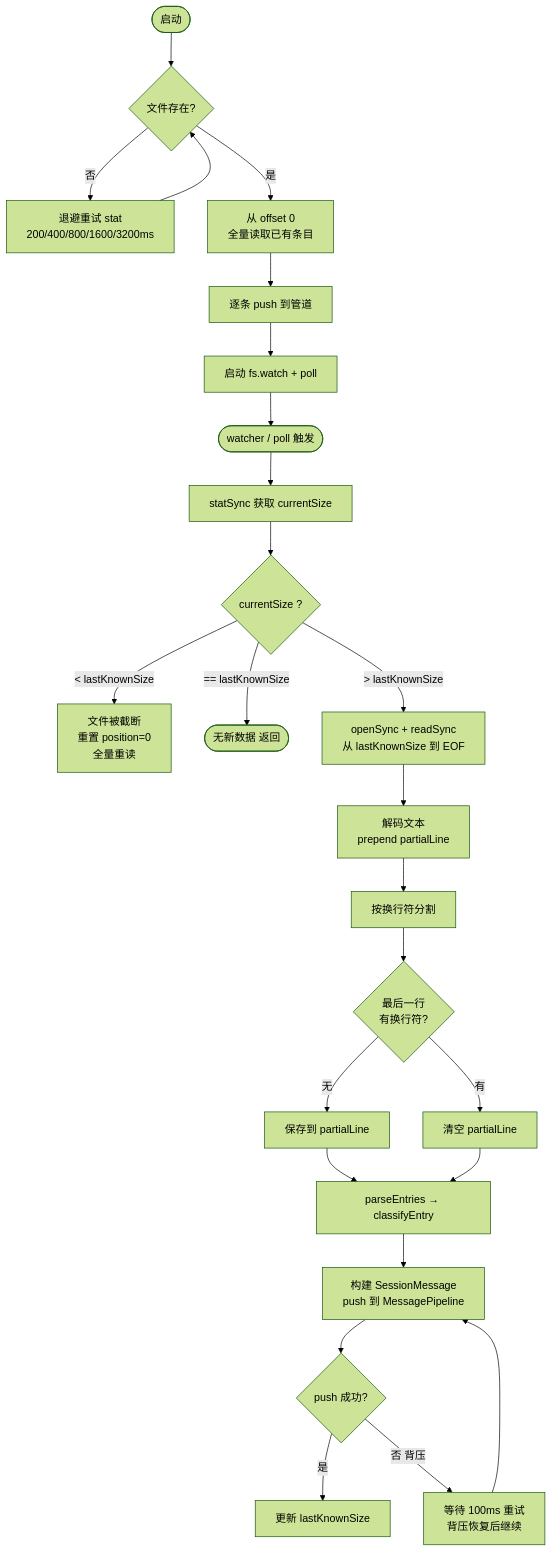
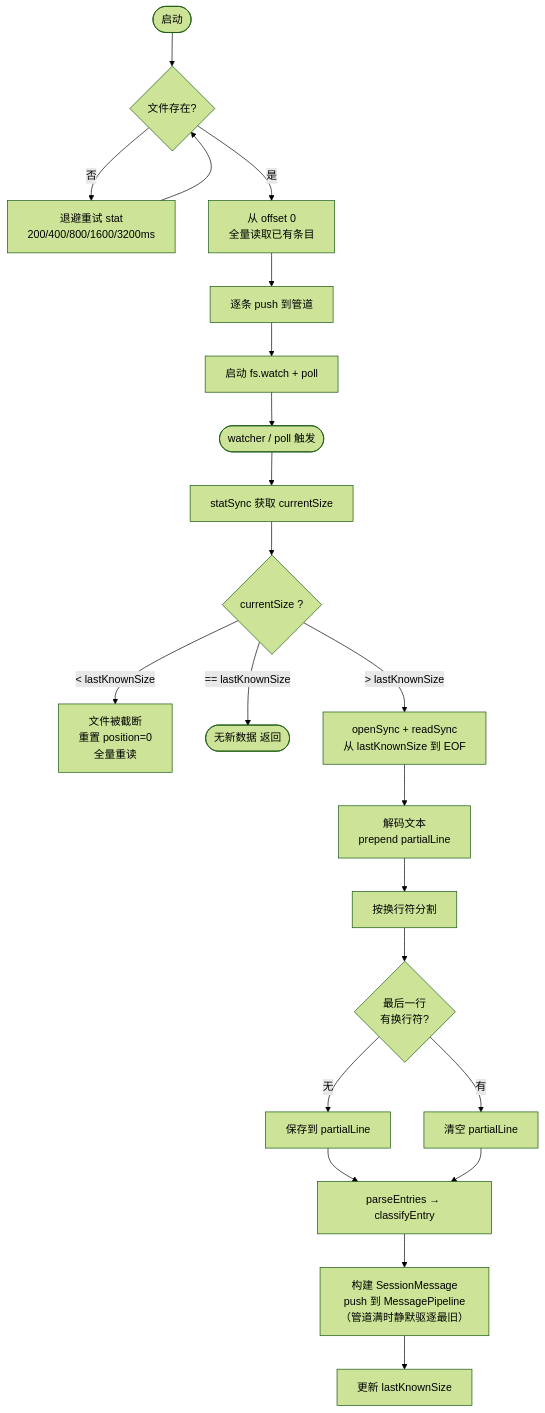
Before and after one commit to Menfre01/mypilot: the eighth of 10 diagrams in docs/transcript-tailer-architecture.md, drawn with Mermaid (forest theme). The commit also changed other lines of this file and 25 other files, not shown here.

````diff
--- a/docs/transcript-tailer-architecture.md
+++ b/docs/transcript-tailer-architecture.md
@@ -570,28 +480,25 @@
 ```mermaid
 flowchart TD
     START([启动]) --> CATCHUP{文件存在?}
     CATCHUP -->|否| WAIT[退避重试 stat<br/>200/400/800/1600/3200ms]
     WAIT --> CATCHUP
     CATCHUP -->|是| FULLREAD[从 offset 0<br/>全量读取已有条目]
     FULLREAD --> PUSH_ALL[逐条 push 到管道]
     PUSH_ALL --> WATCH[启动 fs.watch + poll]
 
     WATCH --> TRIGGER([watcher / poll 触发])
     TRIGGER --> STAT[statSync 获取 currentSize]
     STAT --> CMP{currentSize ?}
     CMP -->|< lastKnownSize| TRUNC[文件被截断<br/>重置 position=0<br/>全量重读]
     CMP -->|== lastKnownSize| DONE([无新数据 返回])
     CMP -->|> lastKnownSize| READ[openSync + readSync<br/>从 lastKnownSize 到 EOF]
     READ --> DECODE[解码文本<br/>prepend partialLine]
     DECODE --> SPLIT[按换行符分割]
     SPLIT --> LAST{最后一行<br/>有换行符?}
     LAST -->|无| BUF_PART[保存到 partialLine]
     LAST -->|有| CLEAR[清空 partialLine]
     BUF_PART --> PARSE
     CLEAR --> PARSE[parseEntries → classifyEntry]
-    PARSE --> PUSH[构建 SessionMessage<br/>push 到 MessagePipeline]
-    PUSH --> CHECK{push 成功?}
-    CHECK -->|是| UPDATE[更新 lastKnownSize]
-    CHECK -->|否 背压| WAIT_PUSH[等待 100ms 重试<br/>背压恢复后继续]
-    WAIT_PUSH --> PUSH
+    PARSE --> PUSH[构建 SessionMessage<br/>push 到 MessagePipeline<br/>（管道满时静默驱逐最旧）]
+    PUSH --> UPDATE[更新 lastKnownSize]
 ```
````
